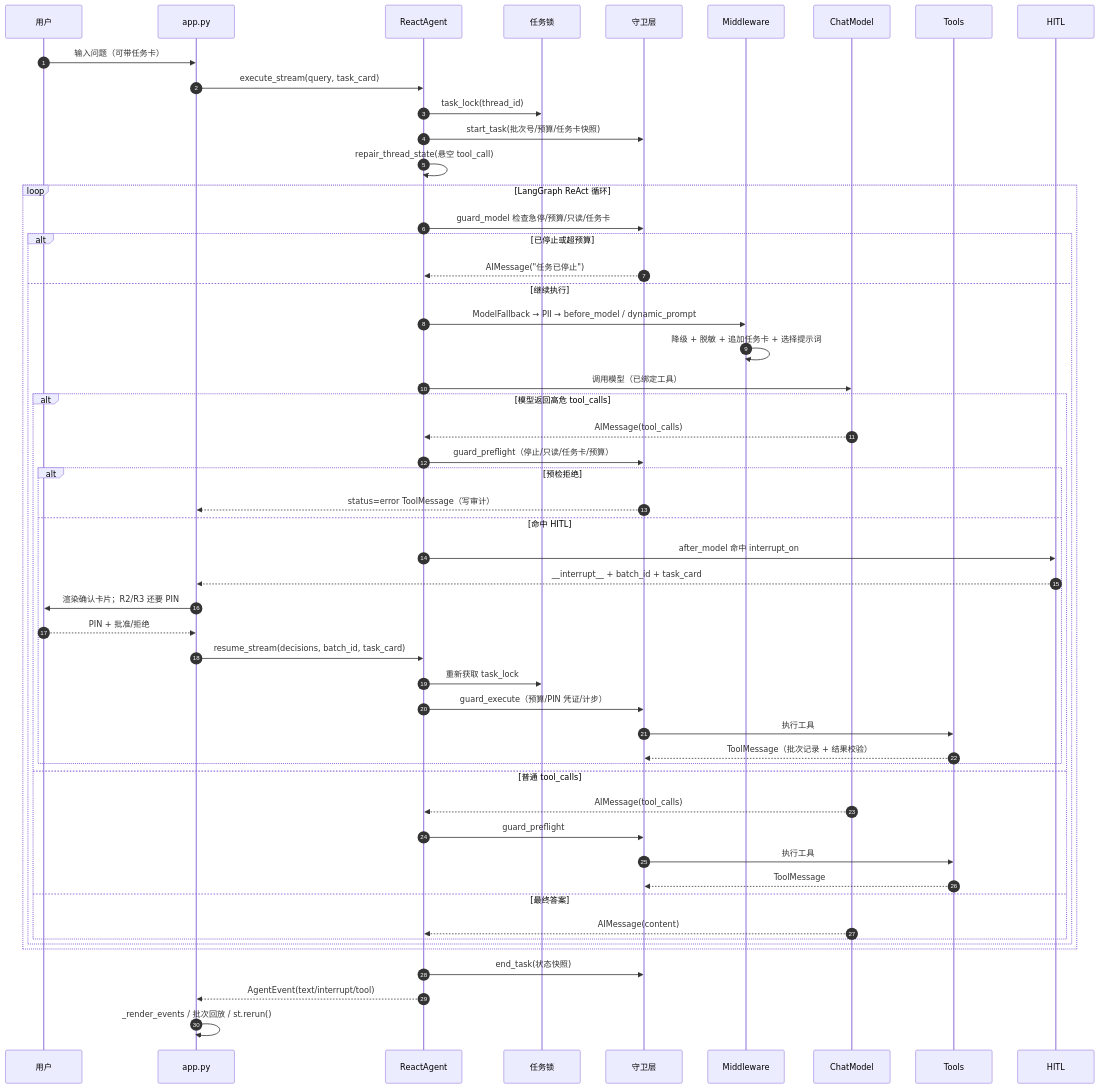
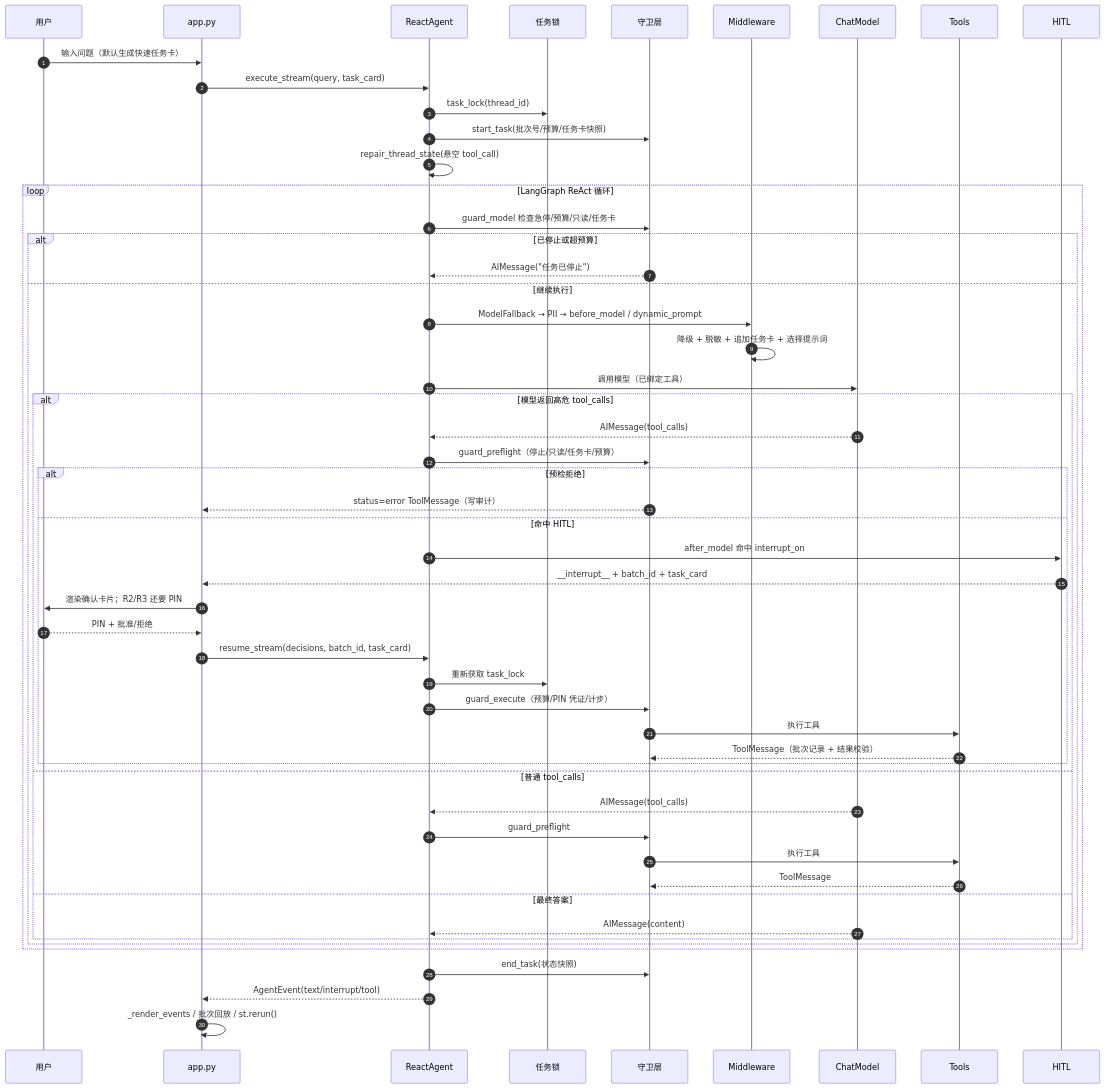
One commit to AX3031/Hybrid_Agent01 changed the third of 4 diagrams in docs/ARCHITECTURE.md. Above: the diagram before and after it, drawn with Mermaid. The commit also changed other lines of this file and 27 other files, not shown here.

````diff
--- a/docs/ARCHITECTURE.md
+++ b/docs/ARCHITECTURE.md
@@ -373,56 +377,56 @@
 ```mermaid
 sequenceDiagram
     autonumber
     participant U as 用户
     participant UI as app.py
     participant RA as ReactAgent
     participant L as 任务锁
     participant G as 守卫层
     participant MW as Middleware
     participant M as ChatModel
     participant T as Tools
     participant H as HITL
 
-    U->>UI: 输入问题（可带任务卡）
+    U->>UI: 输入问题（默认生成快速任务卡）
     UI->>RA: execute_stream(query, task_card)
     RA->>L: task_lock(thread_id)
     RA->>G: start_task(批次号/预算/任务卡快照)
     RA->>RA: repair_thread_state(悬空 tool_call)
     loop LangGraph ReAct 循环
         RA->>G: guard_model 检查急停/预算/只读/任务卡
         alt 已停止或超预算
             G-->>RA: AIMessage("任务已停止")
         else 继续执行
             RA->>MW: ModelFallback → PII → before_model / dynamic_prompt
             MW->>MW: 降级 + 脱敏 + 追加任务卡 + 选择提示词
             RA->>M: 调用模型（已绑定工具）
             alt 模型返回高危 tool_calls
                 M-->>RA: AIMessage(tool_calls)
                 RA->>G: guard_preflight（停止/只读/任务卡/预算）
                 alt 预检拒绝
                     G-->>UI: status=error ToolMessage（写审计）
                 else 命中 HITL
                     RA->>H: after_model 命中 interrupt_on
                     H-->>UI: __interrupt__ + batch_id + task_card
                     UI->>U: 渲染确认卡片；R2/R3 还要 PIN
                     U-->>UI: PIN + 批准/拒绝
                     UI->>RA: resume_stream(decisions, batch_id, task_card)
                     RA->>L: 重新获取 task_lock
                     RA->>G: guard_execute（预算/PIN 凭证/计步）
                     G->>T: 执行工具
                     T-->>G: ToolMessage（批次记录 + 结果校验）
                 end
             else 普通 tool_calls
                 M-->>RA: AIMessage(tool_calls)
                 RA->>G: guard_preflight
                 G->>T: 执行工具
                 T-->>G: ToolMessage
             else 最终答案
                 M-->>RA: AIMessage(content)
             end
         end
     end
     RA->>G: end_task(状态快照)
     RA-->>UI: AgentEvent(text/interrupt/tool)
     UI->>UI: _render_events / 批次回放 / st.rerun()
 ```
````
